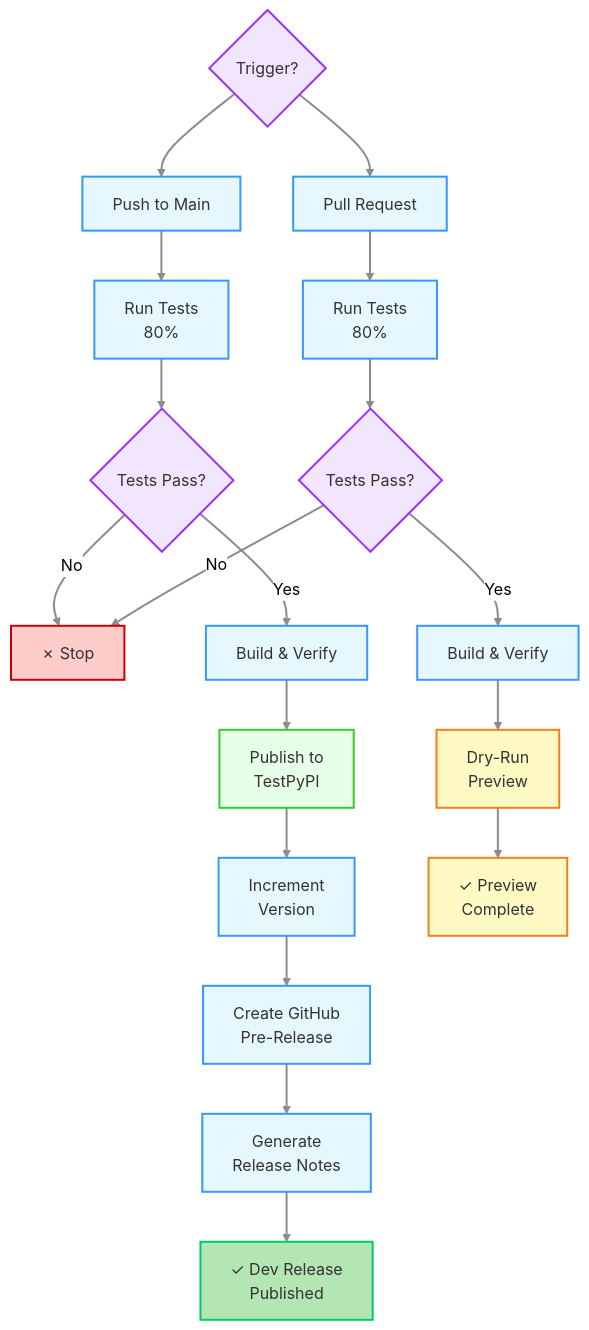
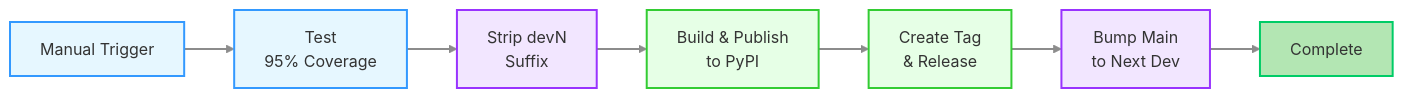
One commit to minouris/spafw37 changed the seventh of 17 diagrams in .github/RELEASE_PROCESS.md. Above: the diagram before and after it, drawn with Mermaid (neutral theme). The commit also changed other lines of this file and 4 other files, not shown here.

Commit message:
Fixed Changelog generation problems, and updated RELEASE_PROCESS.md

````diff
--- a/.github/RELEASE_PROCESS.md
+++ b/.github/RELEASE_PROCESS.md
@@ -506,36 +349,21 @@
 ```mermaid
-flowchart TD
-    A{Trigger?} --> B[Push to Main]
-    A --> C[Pull Request]
-    B --> D[Run Tests<br/>80%]
-    C --> E[Run Tests<br/>80%]
-    D --> F{Tests Pass?}
-    E --> G{Tests Pass?}
-    F -->|No| H[✗ Stop]
-    G -->|No| H
-    F -->|Yes| I[Build & Verify]
-    G -->|Yes| J[Build & Verify]
-    I --> K[Publish to<br/>TestPyPI]
-    J --> L[Dry-Run<br/>Preview]
-    K --> M[Increment<br/>Version]
-    L --> N[✓ Preview<br/>Complete]
-    M --> O[Create GitHub<br/>Pre-Release]
-    O --> P[Generate<br/>Release Notes]
-    P --> Q[✓ Dev Release<br/>Published]
+flowchart LR
+    A["Manual Trigger"] --> B["Test<br/>95% Coverage"]
+    B --> C["Strip devN<br/>Suffix"]
+    C --> D["Build & Publish<br/>to PyPI"]
+    D --> E["Create Tag<br/>& Release"]
+    E --> F["Bump Main<br/>to Next Dev"]
+    F --> G["Complete"]
     
-    classDef decisionStyle fill:#f2e6ff,stroke:#9933ff,stroke-width:2px,color:#333
     classDef processStyle fill:#e6f7ff,stroke:#3399ff,stroke-width:2px,color:#333
-    classDef errorStyle fill:#ffcccc,stroke:#cc0000,stroke-width:2px,color:#333
+    classDef versionStyle fill:#f2e6ff,stroke:#9933ff,stroke-width:2px,color:#333
     classDef publishStyle fill:#e6ffe6,stroke:#33cc33,stroke-width:2px,color:#333
-    classDef previewStyle fill:#fff9c4,stroke:#f57f17,stroke-width:2px,color:#333
     classDef successStyle fill:#b3e6b3,stroke:#00cc66,stroke-width:2px,color:#333
     
-    class A,F,G decisionStyle
-    class B,C,D,E,I,J,M,O,P processStyle
-    class H errorStyle
-    class K publishStyle
-    class L,N previewStyle
-    class Q successStyle
+    class A,B processStyle
+    class C,F versionStyle
+    class D,E publishStyle
+    class G successStyle
     
     linkStyle default stroke:#8c8c8c,stroke-width:2px
 ```
````
